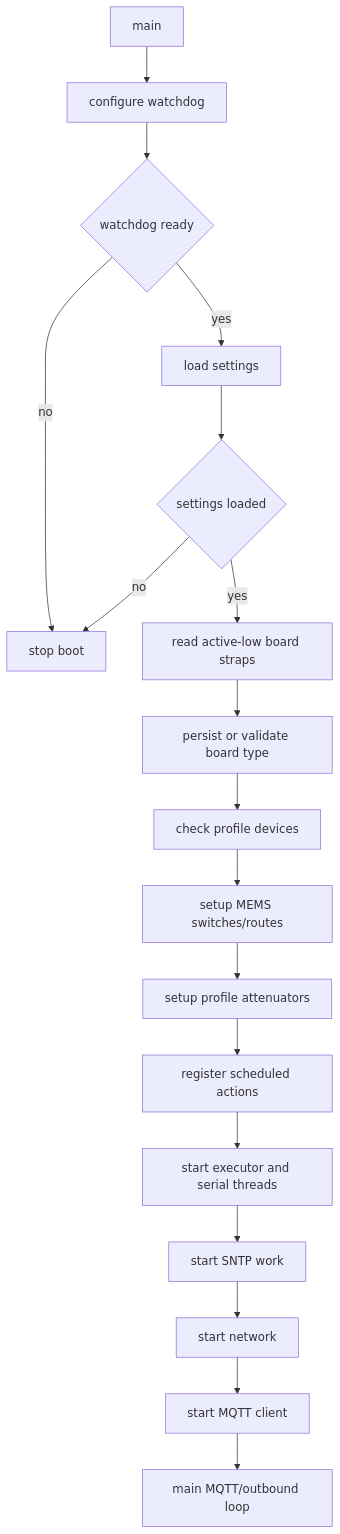
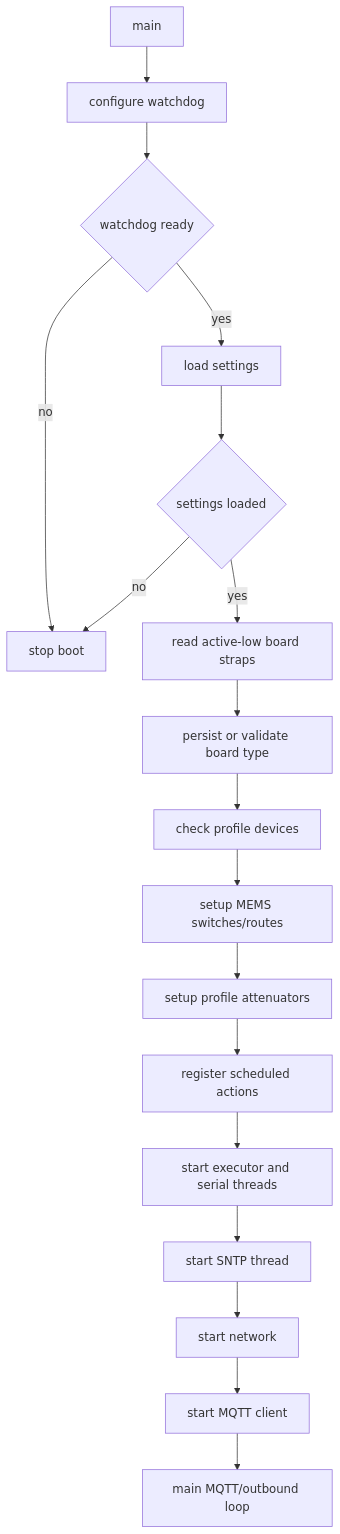
The second of 17 diagrams in doc/diagrams.md (COO-Utilities/hispec-tib), drawn with Mermaid before and after one commit. The commit also changed other lines of this file and 12 other files, not shown here.

````diff
--- a/doc/diagrams.md
+++ b/doc/diagrams.md
@@ -37,20 +37,20 @@
 ```mermaid
 flowchart TD
   Start[main] --> Watchdog[configure watchdog]
   Watchdog --> WdogOK{watchdog ready}
   WdogOK -- no --> Stop[stop boot]
   WdogOK -- yes --> Load[load settings]
   Load --> SettingsOK{settings loaded}
   SettingsOK -- no --> Stop
   SettingsOK -- yes --> Straps[read active-low board straps]
   Straps --> PersistBoard[persist or validate board type]
   PersistBoard --> DevicesReady[check profile devices]
   DevicesReady --> Router[setup MEMS switches/routes]
   Router --> Attens[setup profile attenuators]
   Attens --> Runtime[register scheduled actions]
   Runtime --> Threads[start executor and serial threads]
-  Threads --> SNTP[start SNTP work]
+  Threads --> SNTP[start SNTP thread]
   SNTP --> Network[start network]
   Network --> MQTTInit[start MQTT client]
   MQTTInit --> Loop[main MQTT/outbound loop]
 ```
````
